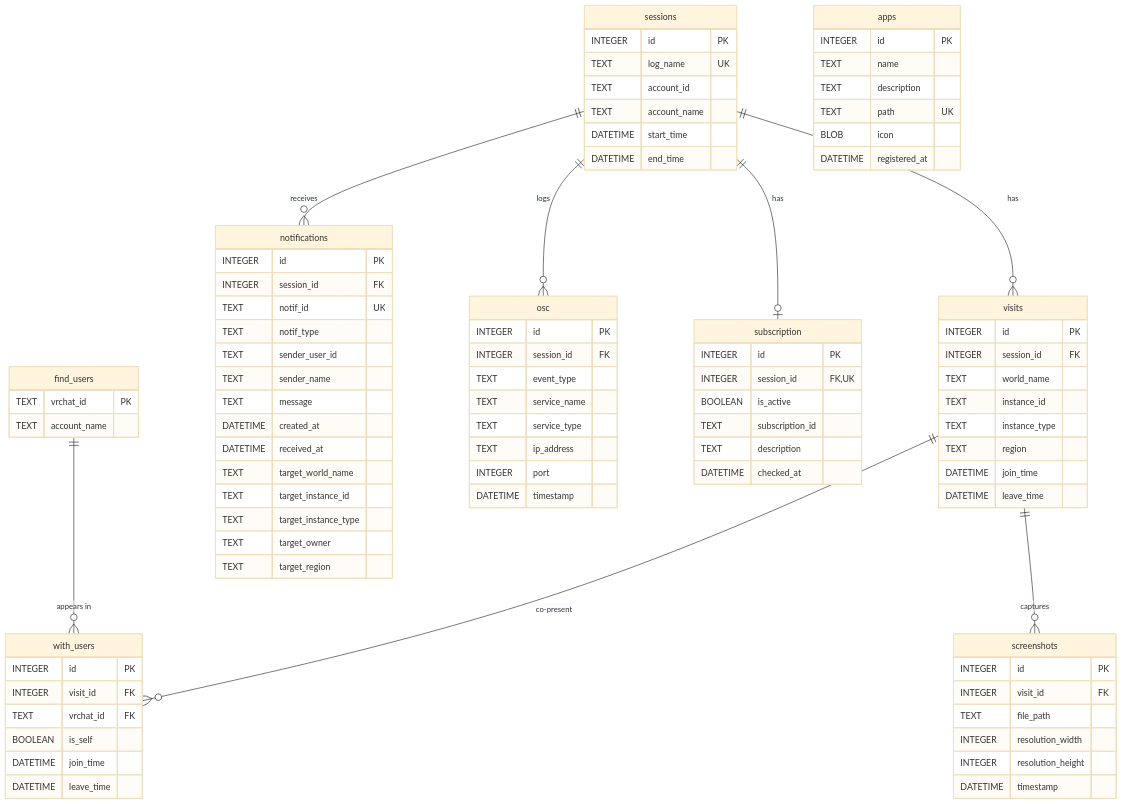
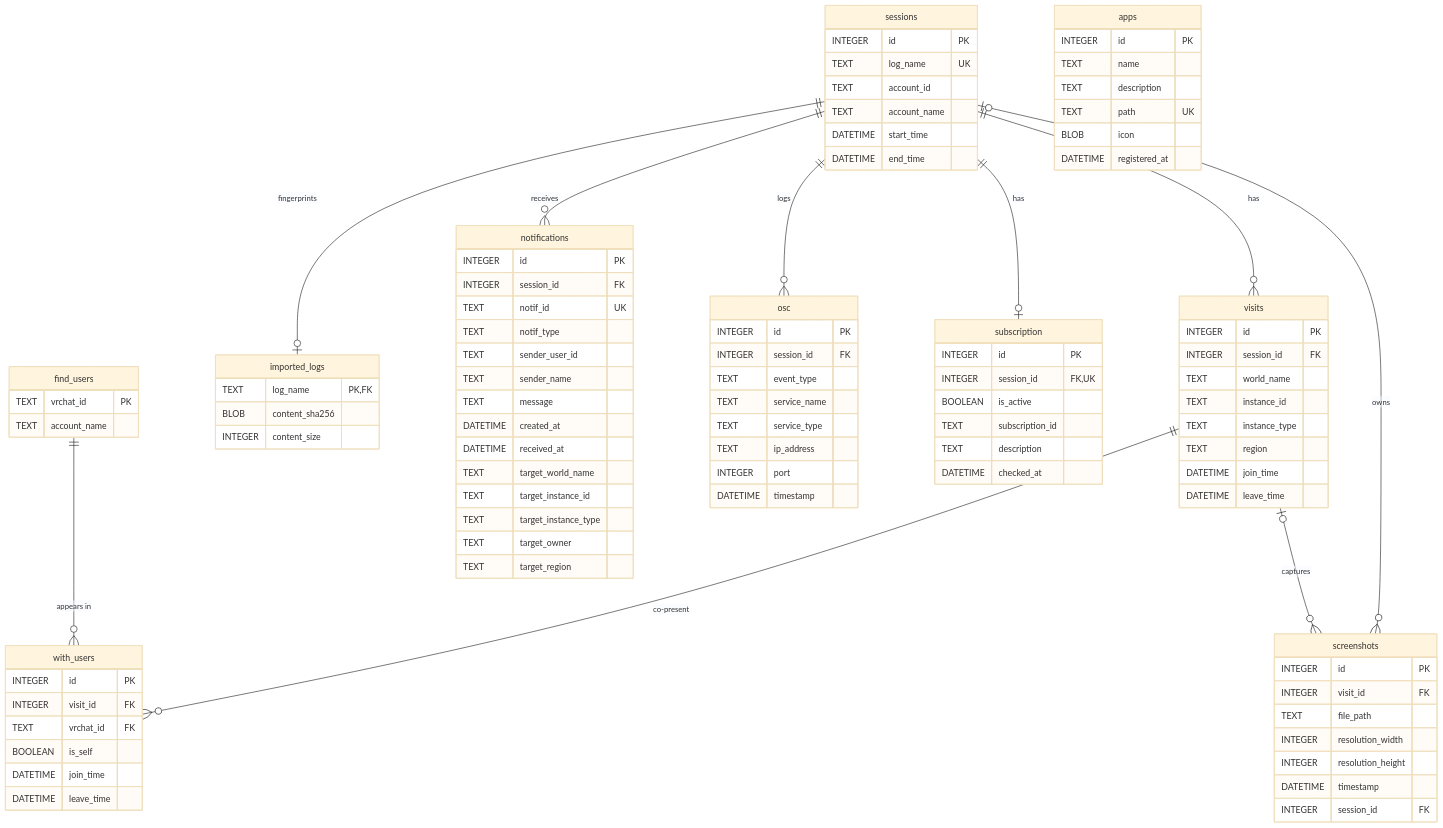
One commit to cosmoartsstore-private/stellarecord changed the diagram in docs/database.md. Above: the diagram before and after it, drawn with Mermaid (base theme). The commit also changed other lines of this file and 65 other files, not shown here.

````diff
--- a/docs/database.md
+++ b/docs/database.md
@@ -91,11 +93,13 @@
 ```mermaid
 erDiagram
     sessions ||--o{ visits          : has
+    sessions ||--o| imported_logs   : fingerprints
     sessions ||--o{ notifications   : receives
     sessions ||--o{ osc             : logs
     sessions ||--o| subscription    : has
+    sessions o|--o{ screenshots     : owns
     visits   ||--o{ with_users      : "co-present"
-    visits   ||--o{ screenshots     : captures
+    visits   o|--o{ screenshots     : captures
     find_users ||--o{ with_users    : "appears in"
 
     sessions {
@@ -105,6 +109,12 @@
         TEXT     account_name
         DATETIME start_time
         DATETIME end_time
+    }
+
+    imported_logs {
+        TEXT    log_name PK,FK
+        BLOB    content_sha256
+        INTEGER content_size
     }
 
     visits {
@@ -156,6 +166,7 @@
         INTEGER  resolution_width
         INTEGER  resolution_height
         DATETIME timestamp
+        INTEGER  session_id FK
     }
 
     osc {
````
